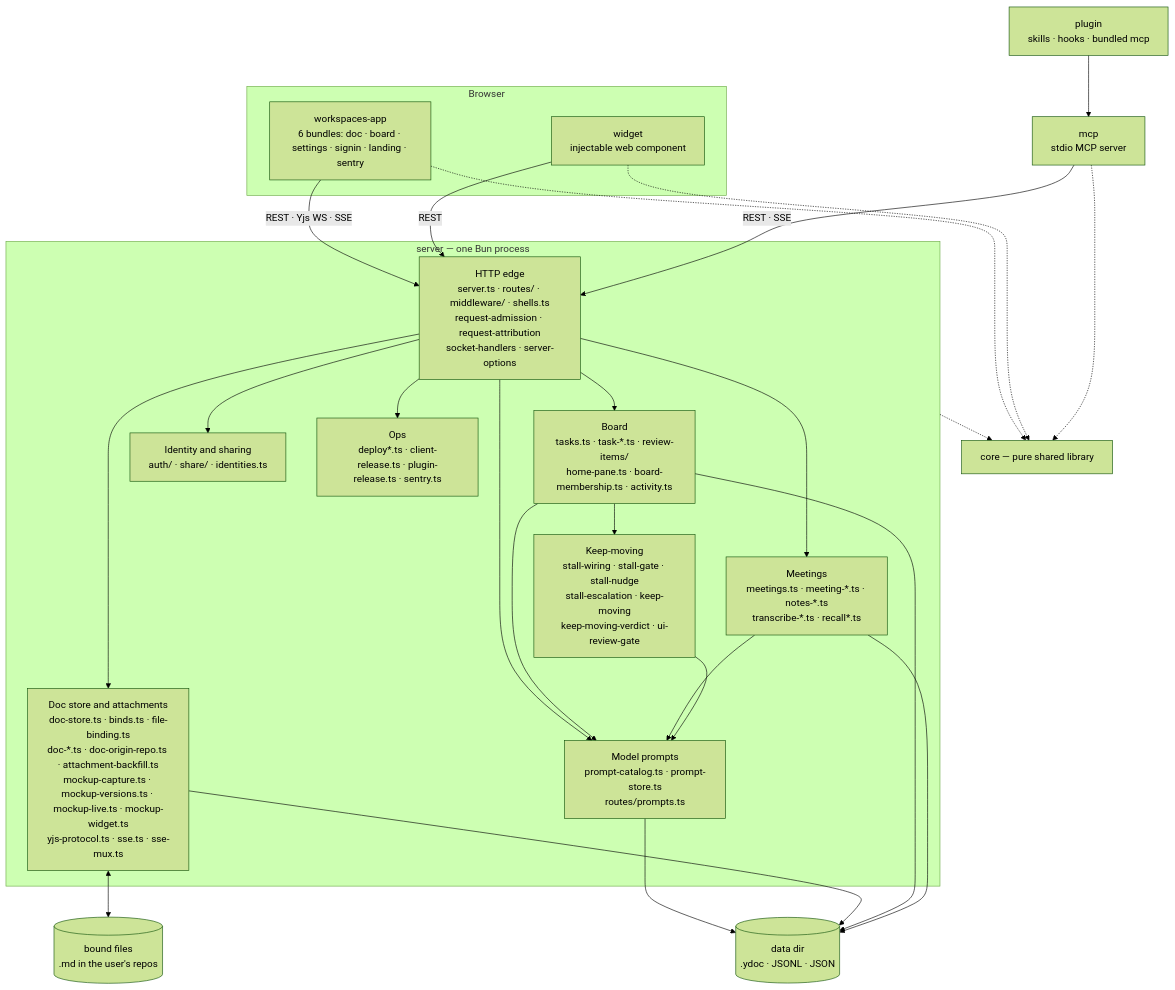
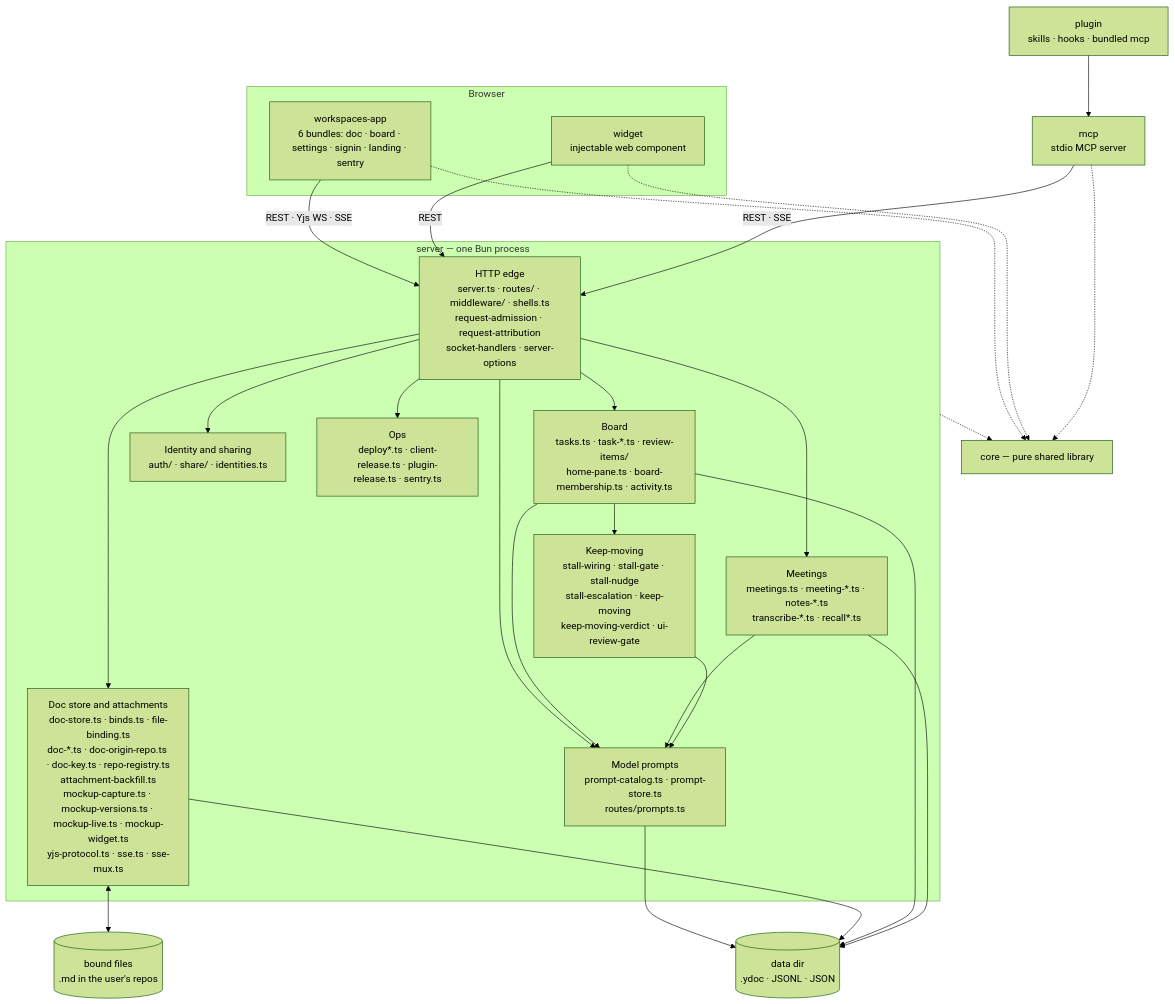
One commit to fryanpan/claude-workspaces-plugin changed the first of 2 diagrams in docs/architecture/overview.md. Above: the diagram before and after it, drawn with Mermaid (forest theme). The commit also changed other lines of this file and 4 other files, not shown here.

````diff
--- a/docs/architecture/overview.md
+++ b/docs/architecture/overview.md
@@ -45,35 +45,35 @@
 ```mermaid
 flowchart TB
   subgraph browser[Browser]
     app["workspaces-app<br/>6 bundles: doc · board · settings · signin · landing · sentry"]
     wid["widget<br/>injectable web component"]
   end
   plug["plugin<br/>skills · hooks · bundled mcp"]
   mcp["mcp<br/>stdio MCP server"]
   subgraph srv["server — one Bun process"]
     edge["HTTP edge<br/>server.ts · routes/ · middleware/ · shells.ts<br/>request-admission · request-attribution<br/>socket-handlers · server-options"]
-    docs["Doc store and attachments<br/>doc-store.ts · binds.ts · file-binding.ts<br/>doc-*.ts · doc-origin-repo.ts · attachment-backfill.ts<br/>mockup-capture.ts · mockup-versions.ts · mockup-live.ts · mockup-widget.ts<br/>yjs-protocol.ts · sse.ts · sse-mux.ts"]
+    docs["Doc store and attachments<br/>doc-store.ts · binds.ts · file-binding.ts<br/>doc-*.ts · doc-origin-repo.ts · doc-key.ts · repo-registry.ts<br/>attachment-backfill.ts<br/>mockup-capture.ts · mockup-versions.ts · mockup-live.ts · mockup-widget.ts<br/>yjs-protocol.ts · sse.ts · sse-mux.ts"]
     board["Board<br/>tasks.ts · task-*.ts · review-items/<br/>home-pane.ts · board-membership.ts · activity.ts"]
     meet["Meetings<br/>meetings.ts · meeting-*.ts · notes-*.ts<br/>transcribe-*.ts · recall*.ts"]
     keep["Keep-moving<br/>stall-wiring · stall-gate · stall-nudge<br/>stall-escalation · keep-moving<br/>keep-moving-verdict · ui-review-gate"]
     ident["Identity and sharing<br/>auth/ · share/ · identities.ts"]
     prompts["Model prompts<br/>prompt-catalog.ts · prompt-store.ts<br/>routes/prompts.ts"]
     ops["Ops<br/>deploy*.ts · client-release.ts · plugin-release.ts · sentry.ts"]
   end
   core["core — pure shared library"]
   disk[("data dir<br/>.ydoc · JSONL · JSON")]
   files[("bound files<br/>.md in the user's repos")]
 
   app -->|"REST · Yjs WS · SSE"| edge
   wid -->|REST| edge
   plug --> mcp
   mcp -->|"REST · SSE"| edge
   edge --> docs & board & meet & ident & ops & prompts
   board & meet & keep --> prompts
   prompts --> disk
   board --> keep
   docs <--> files
   docs & board & meet --> disk
   app & wid & mcp -.-> core
   srv -.-> core
 ```
````
